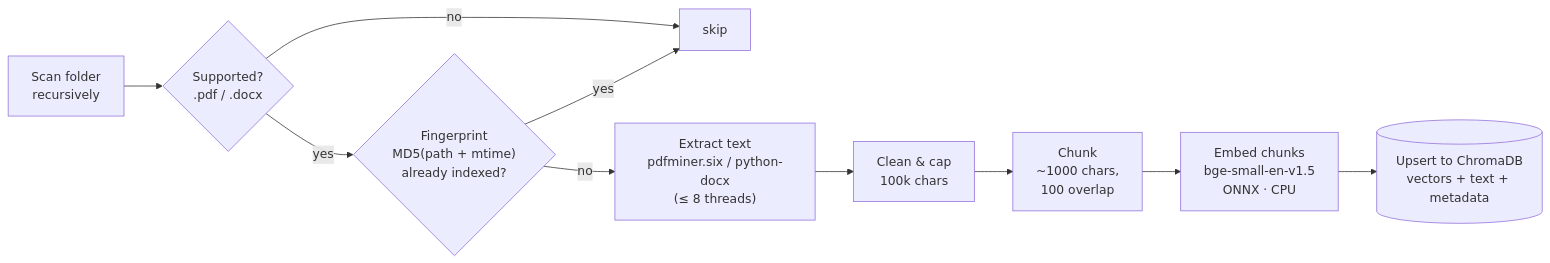
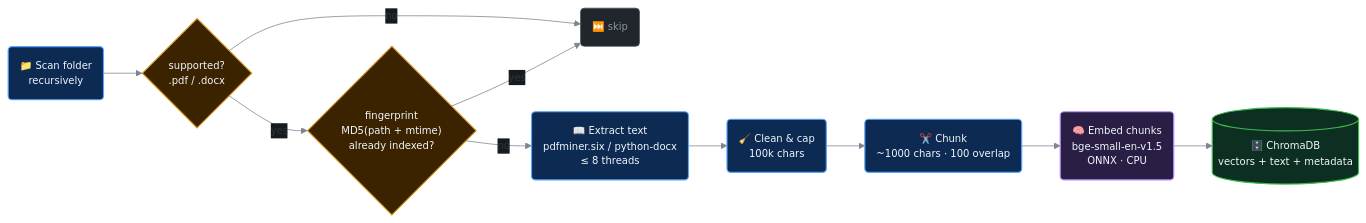
One commit to 7pk5/ODF changed the second of 3 diagrams in README.md. Above: the diagram before and after it, drawn with Mermaid. The commit also changed other lines of this file, not shown here.

````diff
--- a/README.md
+++ b/README.md
@@ -110,12 +134,35 @@
 ```mermaid
+%%{init: {
+  'theme': 'base',
+    'themeCSS': '.node rect, .node circle, .node polygon, .node path { filter: drop-shadow(2px 4px 5px rgba(0,0,0,0.55)); } .cluster rect { filter: drop-shadow(3px 6px 8px rgba(0,0,0,0.45)); } .cluster-label span { color: #e6edf3; font-weight: 600; } .edgeLabel span { color: #adbac7; }',
+  'flowchart': { 'curve': 'basis', 'nodeSpacing': 40, 'rankSpacing': 50 },
+  'themeVariables': {
+    'fontFamily': 'Segoe UI, Helvetica, Arial, sans-serif',
+    'fontSize': '13px',
+    'lineColor': '#7d8590',
+    'textColor': '#adbac7',
+    'edgeLabelBackground': '#161b22'
+  }
+}}%%
 flowchart LR
-    A["Scan folder<br/>recursively"] --> B{"Supported?<br/>.pdf / .docx"}
-    B -- no --> X["skip"]
-    B -- yes --> C{"Fingerprint<br/>MD5(path + mtime)<br/>already indexed?"}
+    A("📁 Scan folder<br/>recursively") --> B{"supported?<br/>.pdf / .docx"}
+    B -- no --> X("⏭️ skip")
+    B -- yes --> C{"fingerprint<br/>MD5(path + mtime)<br/>already indexed?"}
     C -- yes --> X
-    C -- no --> D["Extract text<br/>pdfminer.six / python-docx<br/>(≤ 8 threads)"]
-    D --> E["Clean & cap<br/>100k chars"]
-    E --> F["Chunk<br/>~1000 chars,<br/>100 overlap"]
-    F --> G["Embed chunks<br/>bge-small-en-v1.5<br/>ONNX · CPU"]
-    G --> H[("Upsert to ChromaDB<br/>vectors + text + metadata")]
+    C -- no --> D("📖 Extract text<br/>pdfminer.six / python-docx<br/>≤ 8 threads")
+    D --> E("🧹 Clean &amp; cap<br/>100k chars")
+    E --> F("✂️ Chunk<br/>~1000 chars · 100 overlap")
+    F --> G("🧠 Embed chunks<br/>bge-small-en-v1.5<br/>ONNX · CPU")
+    G --> H[("🗄️ ChromaDB<br/>vectors + text + metadata")]
+
+    classDef step fill:#0d2b52,stroke:#58a6ff,stroke-width:1.5px,color:#f0f6fc
+    classDef decision fill:#3b2300,stroke:#d29922,stroke-width:1.5px,color:#f0f6fc
+    classDef skip fill:#21262d,stroke:#484f58,stroke-width:1px,color:#8b949e
+    classDef ai fill:#2a1e45,stroke:#bc8cff,stroke-width:1.5px,color:#f0f6fc
+    classDef store fill:#0c2f21,stroke:#3fb950,stroke-width:1.5px,color:#f0f6fc
+    class A,D,E,F step
+    class B,C decision
+    class X skip
+    class G ai
+    class H store
 ```
````
